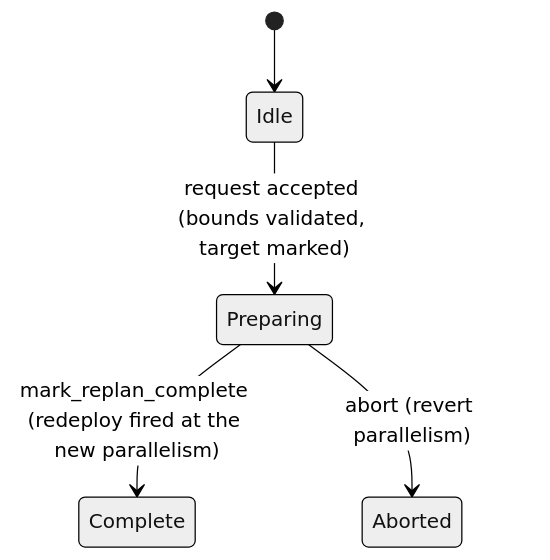
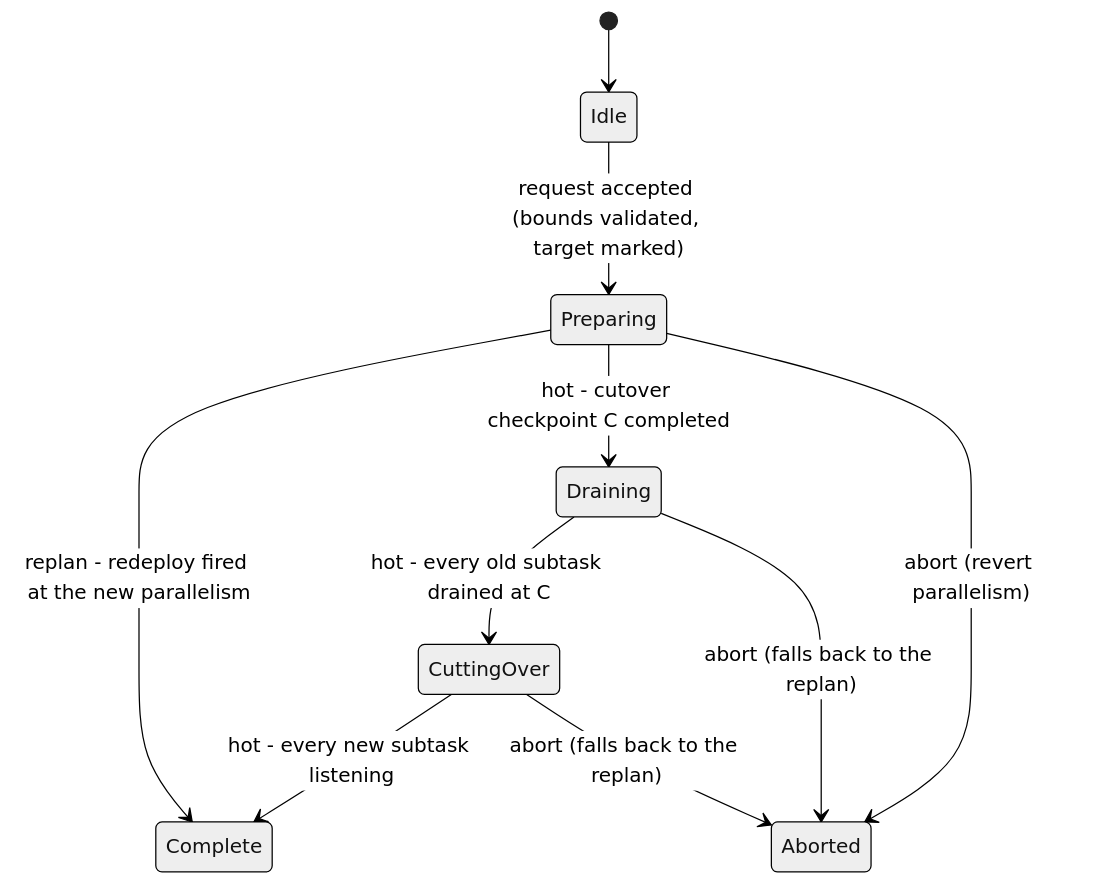
The second of 2 diagrams in docs/internals/fault-tolerance-and-rescale.md (orhaugh/clink), drawn with Mermaid (neutral theme) before and after one commit. The commit also changed other lines of this file and 15 other files, not shown here.

````diff
--- a/docs/internals/fault-tolerance-and-rescale.md
+++ b/docs/internals/fault-tolerance-and-rescale.md
@@ -117,7 +139,12 @@
 ```mermaid
 stateDiagram-v2
   [*] --> Idle
   Idle --> Preparing: request accepted (bounds validated, target marked)
-  Preparing --> Complete: mark_replan_complete (redeploy fired at the new parallelism)
+  Preparing --> Draining: hot - cutover checkpoint C completed
+  Draining --> CuttingOver: hot - every old subtask drained at C
+  CuttingOver --> Complete: hot - every new subtask listening
+  Preparing --> Complete: replan - redeploy fired at the new parallelism
   Preparing --> Aborted: abort (revert parallelism)
+  Draining --> Aborted: abort (falls back to the replan)
+  CuttingOver --> Aborted: abort (falls back to the replan)
 ```
````
